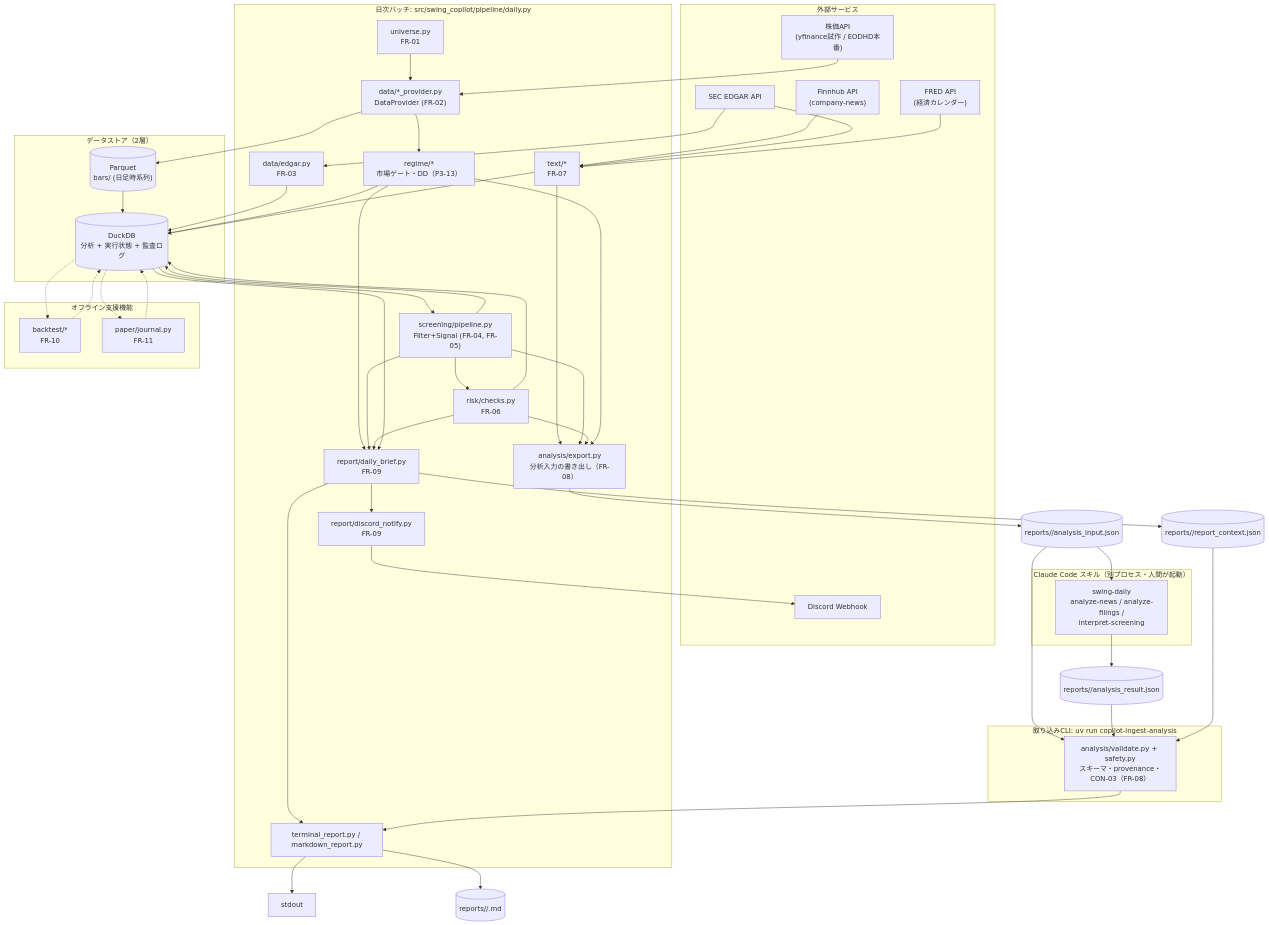
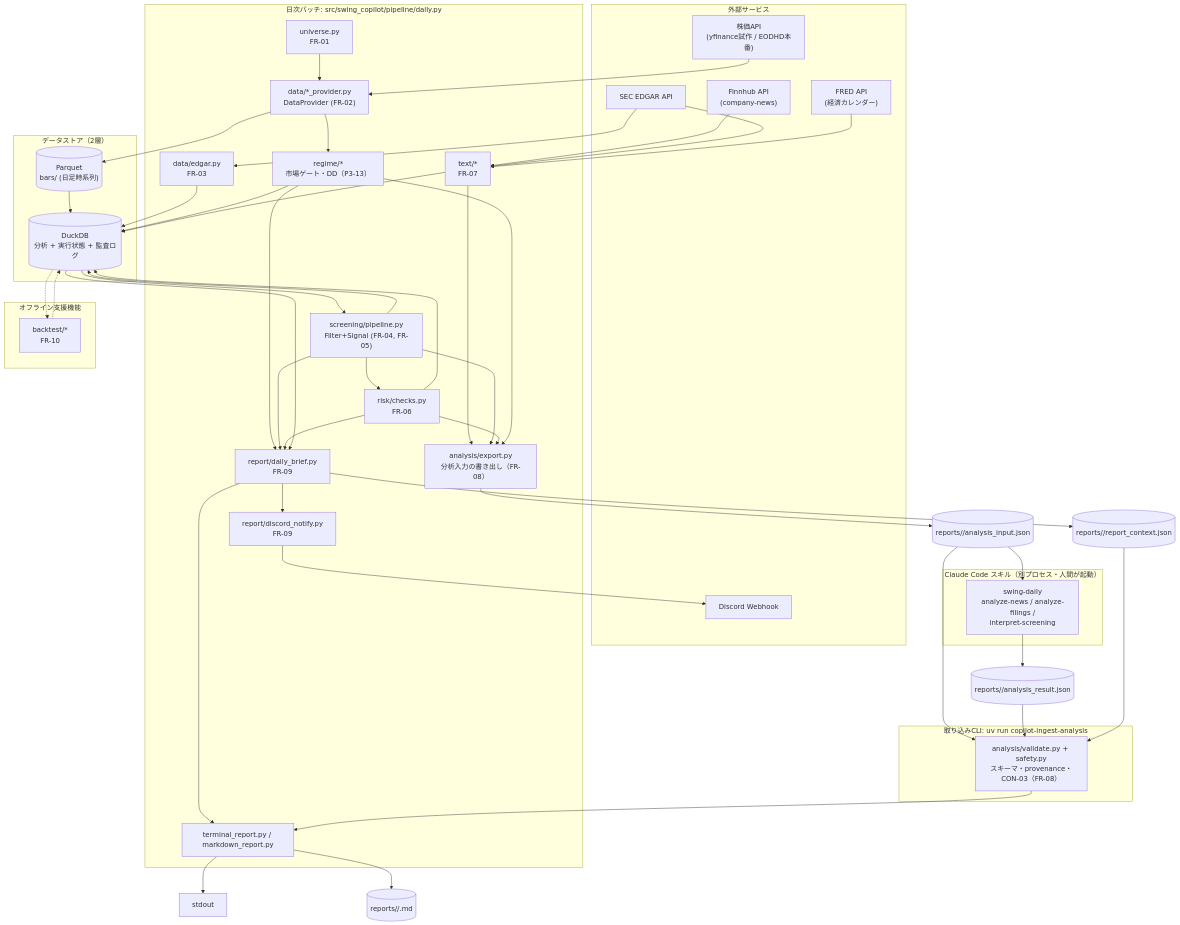
Before and after one commit to tomada1114/swing-copilot: the first of 3 diagrams in docs/03_basic_design.md, drawn with Mermaid. The commit also changed other lines of this file and 82 other files, not shown here.

````diff
--- a/docs/03_basic_design.md
+++ b/docs/03_basic_design.md
@@ -66,7 +66,6 @@
 
     subgraph Offline["オフライン支援機能"]
         BT["backtest/*<br/>FR-10"]
-        PAPER["paper/journal.py<br/>FR-11"]
     end
 
     subgraph Storage["データストア（2層）"]
@@ -115,6 +114,4 @@
 
     DUCKDB -.-> BT
     BT -.-> DUCKDB
-    DUCKDB -.-> PAPER
-    PAPER -.-> DUCKDB
 ```
````
